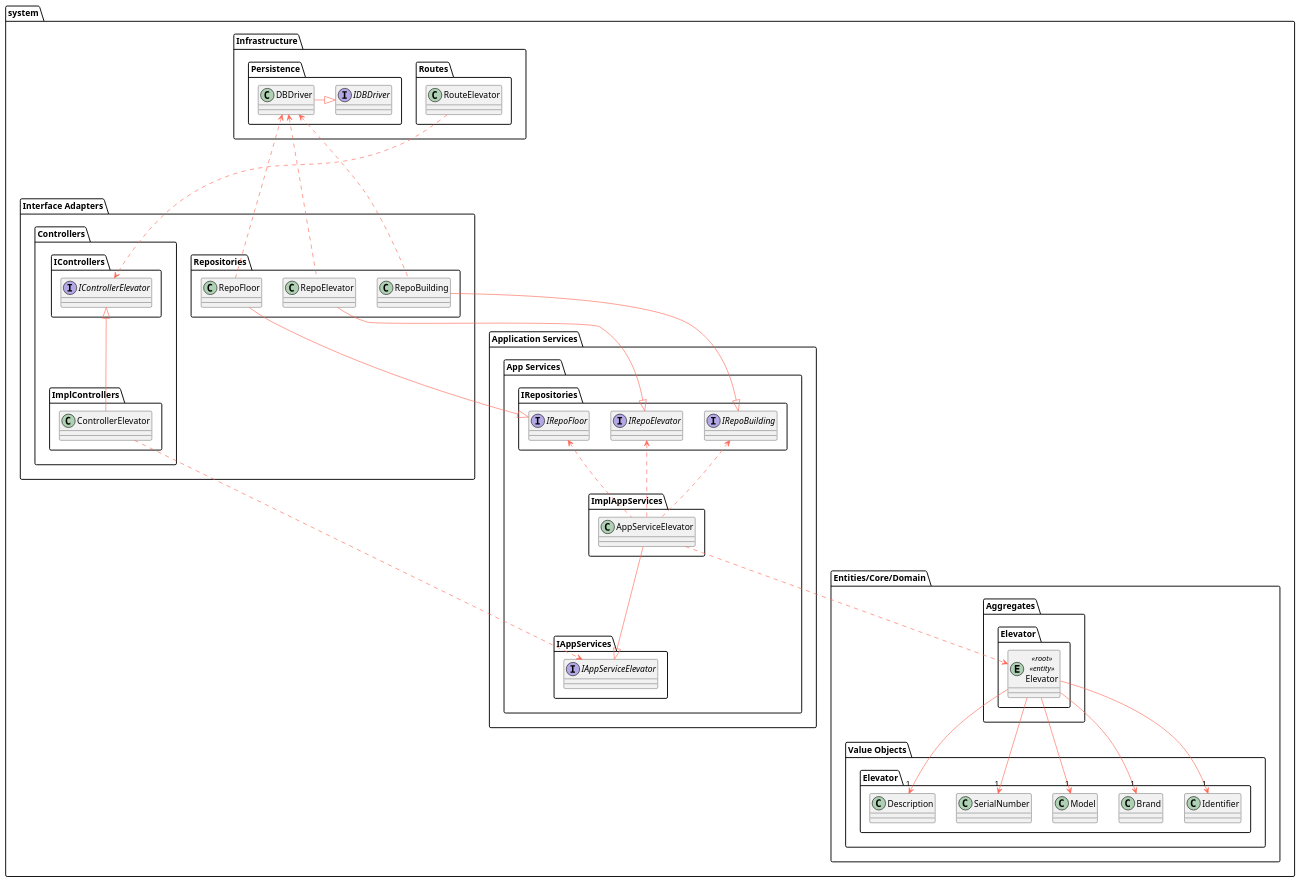
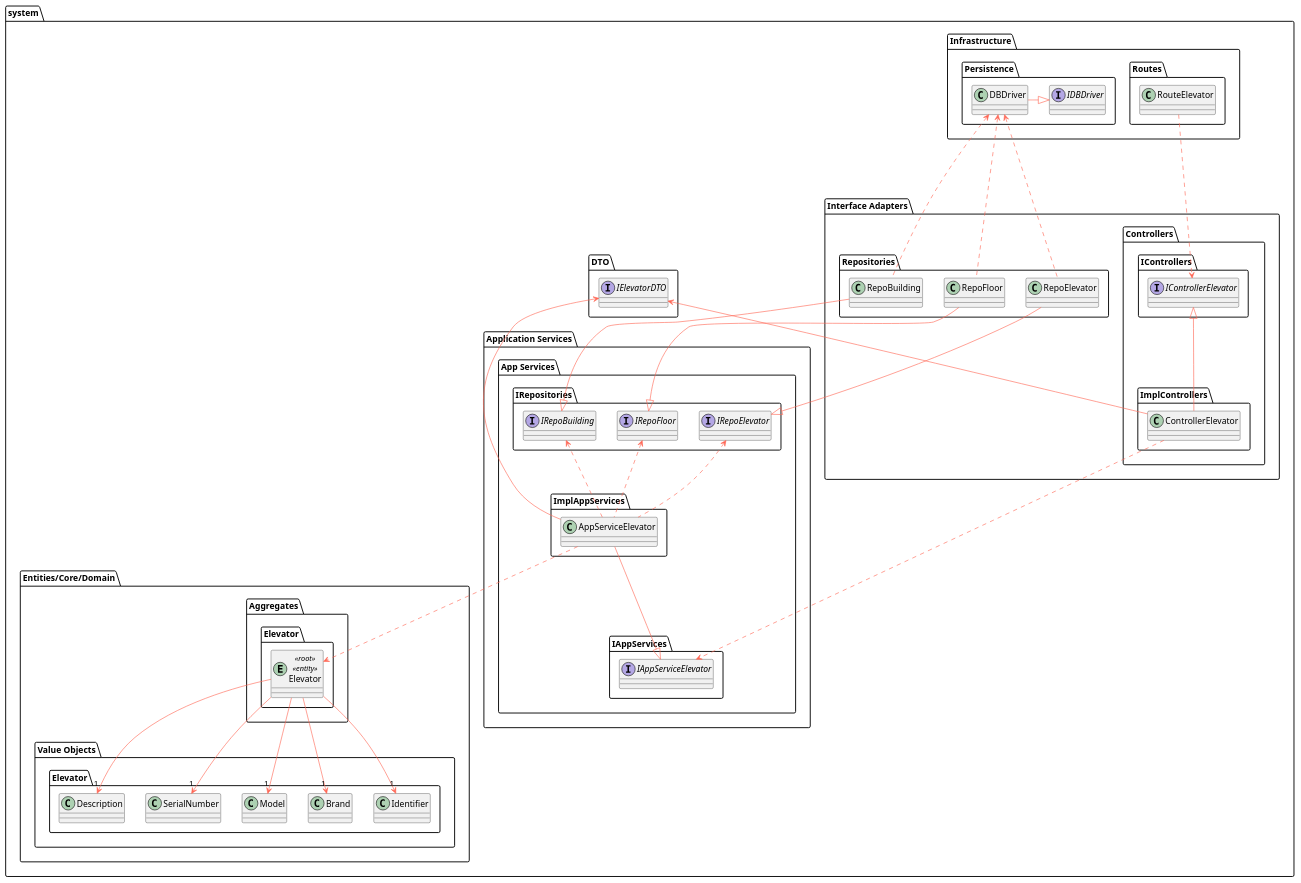
The diagram in docs/us280/level3/class-diagram.puml (Departamento-de-Engenharia-Informatica/lapr5-23-24-g19), drawn with PlantUML before and after one commit. The commit also changed 5 other files, not shown here.

Commit message:
docs(us280,290,380):class diagram updated

```diff
--- a/docs/us280/level3/class-diagram.puml
+++ b/docs/us280/level3/class-diagram.puml
@@ -1,120 +1,127 @@
 @startuml
 
 skinparam component {
     FontSize 16
     BackgroundColor<<Apache>> LightCoral
     BorderColor<<Apache>> #FF6655
     FontName Courier
     BorderColor black
     BackgroundColor DeepSkyBlue
     ArrowFontName Impact
     ArrowColor #FF6655
 }
 
 package system {
     package "Infrastructure" {
         package "Routes" {
             class RouteElevator
         }
 
         package "Persistence" {
             interface IDBDriver
             class DBDriver
         }
 
         DBDriver -right-|> IDBDriver
     }
 
     package "Interface Adapters" {
         package "Controllers" {
             package "IControllers" {
                 interface IControllerElevator
             }
 
             package "ImplControllers" {
                 class ControllerElevator
             }
             ControllerElevator -up-|> IControllerElevator
         }
 
         package "Repositories" {
             class RepoBuilding
             class RepoFloor
             class RepoElevator
         }
 
         RepoBuilding .up.> DBDriver
         RepoFloor .up.> DBDriver
         RepoElevator .up.> DBDriver
 
         RouteElevator ....> IControllerElevator
     }
 
     package "Application Services" {
         package "App Services" {
             package "IAppServices" {
                 interface IAppServiceElevator
             }
 
             package "ImplAppServices" {
                 class AppServiceElevator
             }
 
             AppServiceElevator --|> IAppServiceElevator
 
             package "IRepositories" {
                 interface IRepoBuilding
                 interface IRepoFloor
                 interface IRepoElevator
             }
 
             RepoBuilding --|> IRepoBuilding
             RepoFloor --|> IRepoFloor
             RepoElevator --|> IRepoElevator
         }
 
         ControllerElevator ..> IAppServiceElevator
 
         AppServiceElevator .up.> IRepoBuilding
         AppServiceElevator .up.> IRepoFloor
         AppServiceElevator .up.> IRepoElevator
     }
 
     package "Entities/Core/Domain" {
         package "Aggregates" {
 
             package "Elevator" as a_elevator {
                 entity Elevator <<root>> <<entity>>
             }
 
         }
 
         package "Value Objects" {
             package "Elevator" as vo_elevator {
                 class Identifier
                 class Brand
                 class Model
                 class SerialNumber
                 class Description
 
             }
         }
 
 
         Elevator --> "1" Identifier
         Elevator --> "1" Brand
         Elevator --> "1" Model
         Elevator --> "1" SerialNumber
         Elevator --> "1" Description
 
 
 
 
         AppServiceElevator ..> Elevator
 
+
         'package "Services" {
         '}
     }
+    package "DTO" {
+          interface IElevatorDTO
+    }
+    AppServiceElevator -up-> IElevatorDTO
+    ControllerElevator -up-> IElevatorDTO
+
 }
 
 @enduml
```
